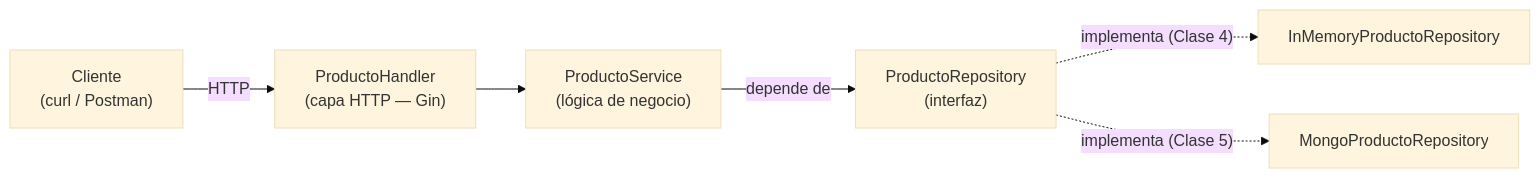
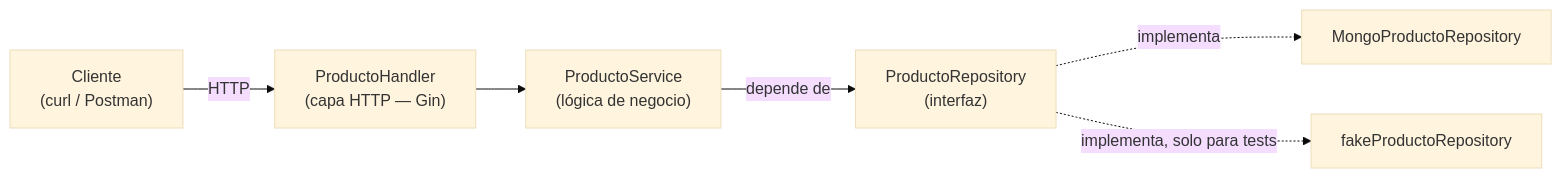
Before and after one commit to UCSE-PROG2/programacion-2: the third of 4 diagrams in 006-go/README.md, drawn with Mermaid (base theme). The commit also changed other lines of this file and 2 other files, not shown here.

````diff
--- a/006-go/README.md
+++ b/006-go/README.md
@@ -1186,8 +1239,8 @@
 ```mermaid
 flowchart LR
     Client["Cliente\n(curl / Postman)"] -->|"HTTP"| Handler["ProductoHandler\n(capa HTTP — Gin)"]
     Handler --> Service["ProductoService\n(lógica de negocio)"]
     Service -->|"depende de"| Iface["ProductoRepository\n(interfaz)"]
-    Iface -.->|"implementa (Clase 4)"| InMem["InMemoryProductoRepository"]
-    Iface -.->|"implementa (Clase 5)"| Mongo["MongoProductoRepository"]
+    Iface -.->|"implementa"| Mongo["MongoProductoRepository"]
+    Iface -.->|"implementa, solo para tests"| Fake["fakeProductoRepository"]
 ```
````
